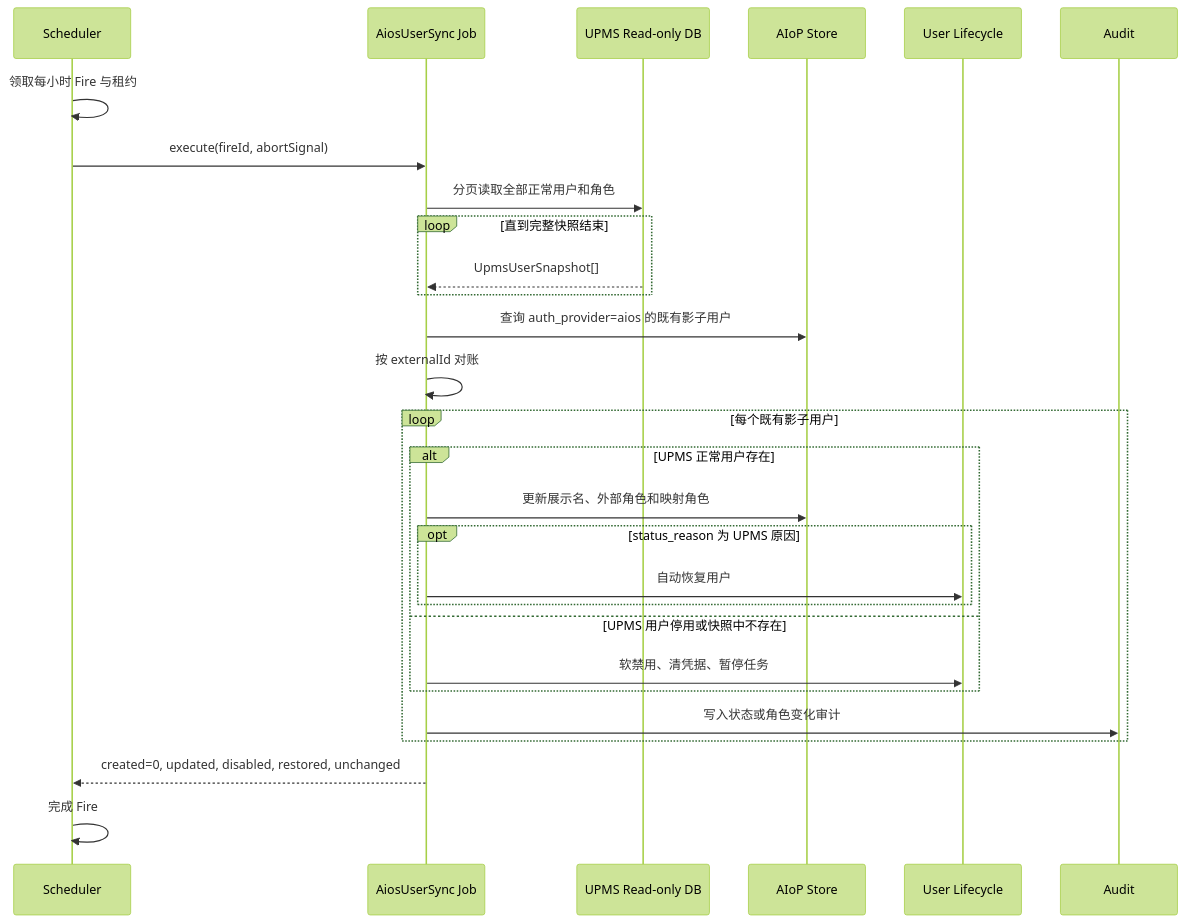
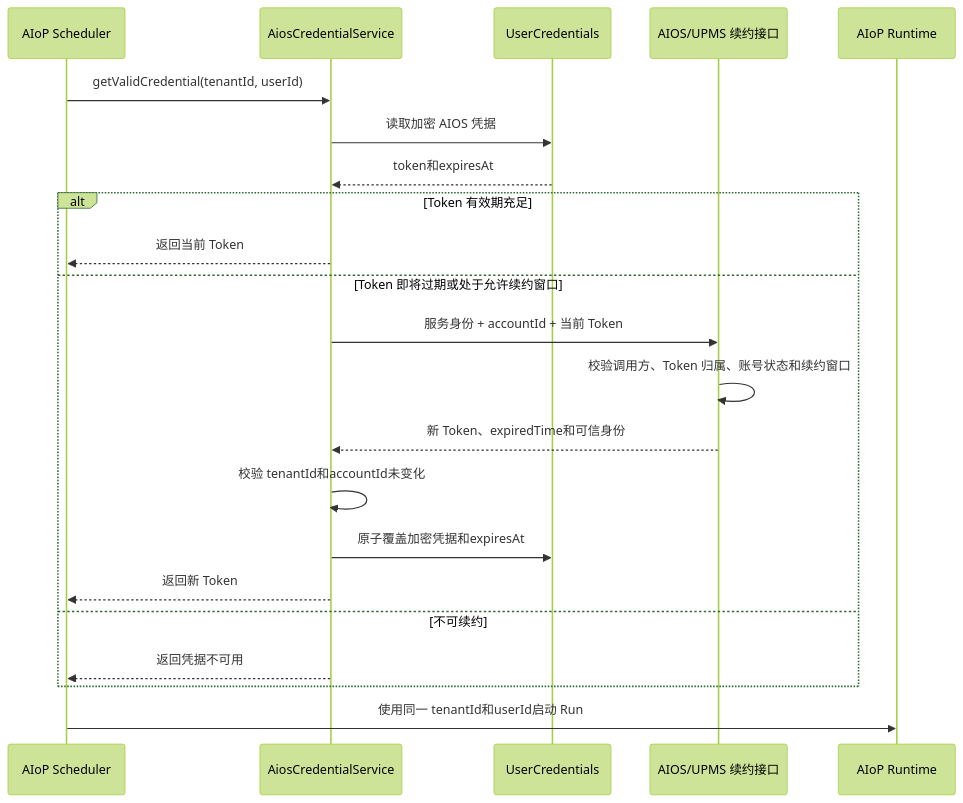
The fifth of 5 diagrams in docs/design/14-aios-unified-auth.md (Wpxknight/agentdemo), drawn with Mermaid (forest theme) before and after one commit. The commit also changed other lines of this file and 1 other file, not shown here.

````diff
--- a/docs/design/14-aios-unified-auth.md
+++ b/docs/design/14-aios-unified-auth.md
@@ -391,31 +370,25 @@
 ```mermaid
 sequenceDiagram
-  participant S as Scheduler
-  participant J as AiosUserSync Job
-  participant U as UPMS Read-only DB
-  participant D as AIoP Store
-  participant L as User Lifecycle
-  participant A as Audit
+  participant S as AIoP Scheduler
+  participant C as AiosCredentialService
+  participant D as UserCredentials
+  participant U as AIOS/UPMS 续约接口
+  participant R as AIoP Runtime
 
-  S->>S: 领取每小时 Fire 与租约
-  S->>J: execute(fireId, abortSignal)
-  J->>U: 分页读取全部正常用户和角色
-  loop 直到完整快照结束
-    U-->>J: UpmsUserSnapshot[]
+  S->>C: getValidCredential(tenantId, userId)
+  C->>D: 读取加密 AIOS 凭据
+  D-->>C: token和expiresAt
+  alt Token 有效期充足
+    C-->>S: 返回当前 Token
+  else Token 即将过期或处于允许续约窗口
+    C->>U: 服务身份 + accountId + 当前 Token
+    U->>U: 校验调用方、Token 归属、账号状态和续约窗口
+    U-->>C: 新 Token、expiredTime和可信身份
+    C->>C: 校验 tenantId和accountId未变化
+    C->>D: 原子覆盖加密凭据和expiresAt
+    C-->>S: 返回新 Token
+  else 不可续约
+    C-->>S: 返回凭据不可用
   end
-  J->>D: 查询 auth_provider=aios 的既有影子用户
-  J->>J: 按 externalId 对账
-  loop 每个既有影子用户
-    alt UPMS 正常用户存在
-      J->>D: 更新展示名、外部角色和映射角色
-      opt status_reason 为 UPMS 原因
-        J->>L: 自动恢复用户
-      end
-    else UPMS 用户停用或快照中不存在
-      J->>L: 软禁用、清凭据、暂停任务
-    end
-    J->>A: 写入状态或角色变化审计
-  end
-  J-->>S: created=0, updated, disabled, restored, unchanged
-  S->>S: 完成 Fire
+  S->>R: 使用同一 tenantId和userId启动 Run
 ```
````
